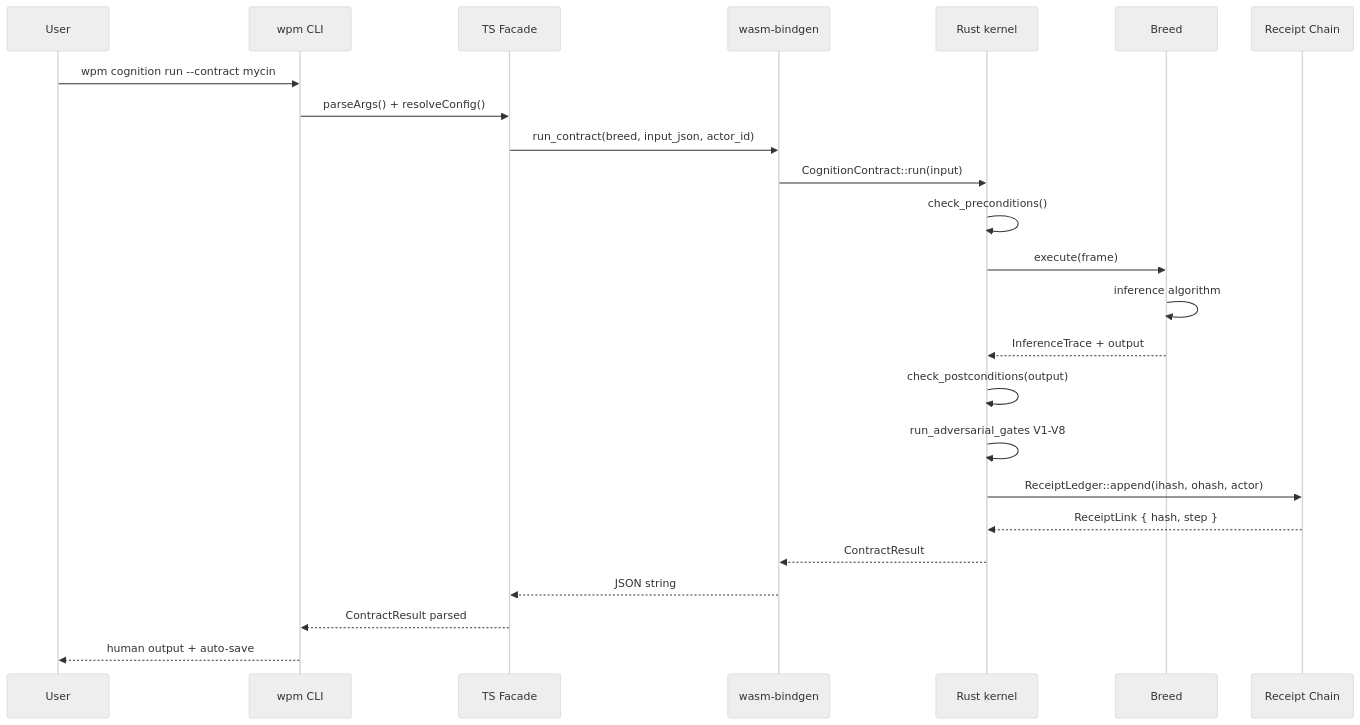
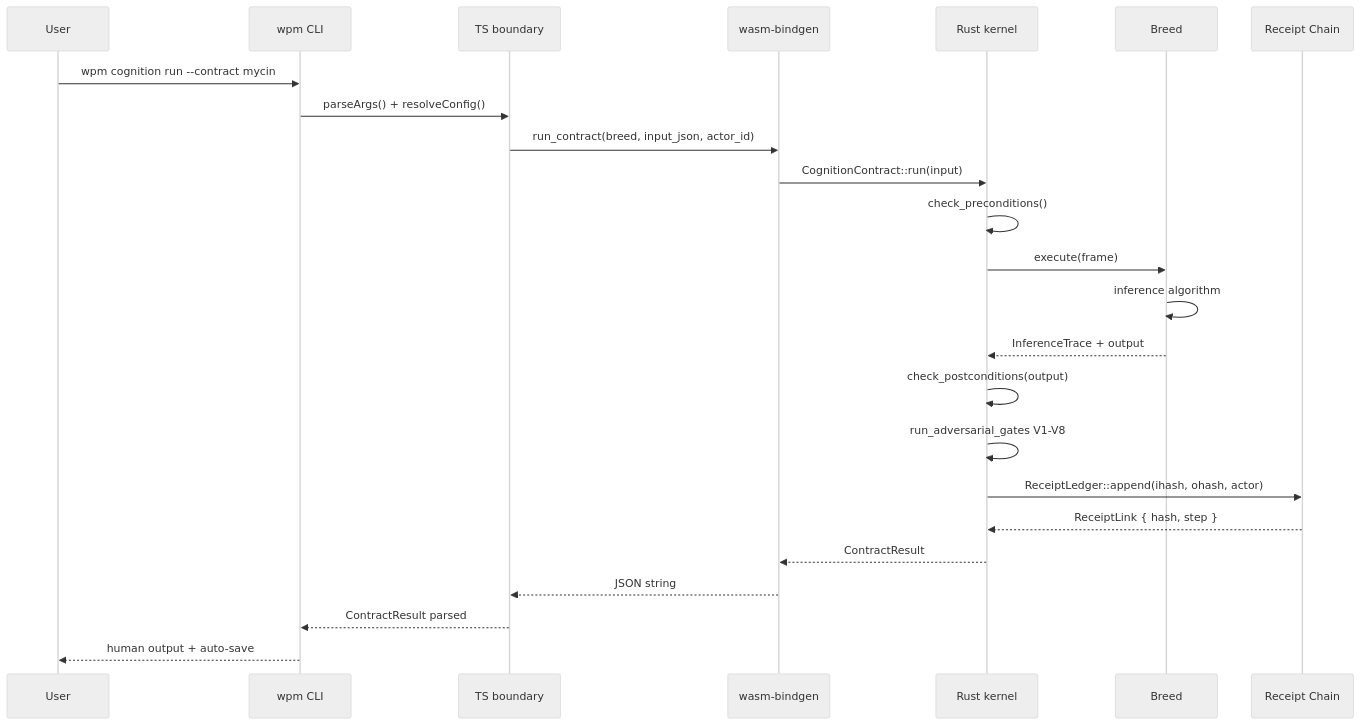
Diagram 13 of 40 in docs_quarantine/ARCHIVE/docs/cognition-doctrine.md (seanchatmangpt/wasm4pm), drawn with Mermaid (neutral theme) before and after one commit. The commit also changed other lines of this file and 418 other files, not shown here.

````diff
--- a/docs_quarantine/ARCHIVE/docs/cognition-doctrine.md
+++ b/docs_quarantine/ARCHIVE/docs/cognition-doctrine.md
@@ -280,27 +280,27 @@
 ```mermaid
 sequenceDiagram
     participant U as User
     participant CLI as wpm CLI
-    participant TS as TS Facade
+    participant TS as TS boundary
     participant WB as wasm-bindgen
     participant RU as Rust kernel
     participant BR as Breed
     participant RC as Receipt Chain
 
     U->>CLI: wpm cognition run --contract mycin
     CLI->>TS: parseArgs() + resolveConfig()
     TS->>WB: run_contract(breed, input_json, actor_id)
     WB->>RU: CognitionContract::run(input)
     RU->>RU: check_preconditions()
     RU->>BR: execute(frame)
     BR->>BR: inference algorithm
     BR-->>RU: InferenceTrace + output
     RU->>RU: check_postconditions(output)
     RU->>RU: run_adversarial_gates V1-V8
     RU->>RC: ReceiptLedger::append(ihash, ohash, actor)
     RC-->>RU: ReceiptLink { hash, step }
     RU-->>WB: ContractResult
     WB-->>TS: JSON string
     TS-->>CLI: ContractResult parsed
     CLI-->>U: human output + auto-save
 ```
````
